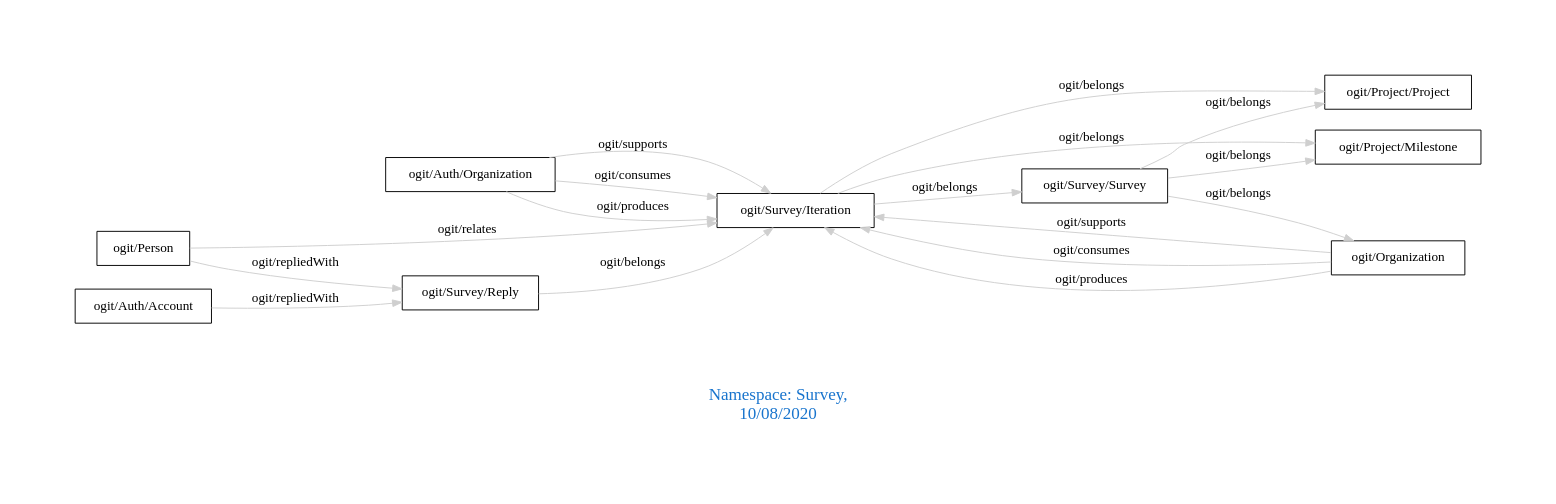
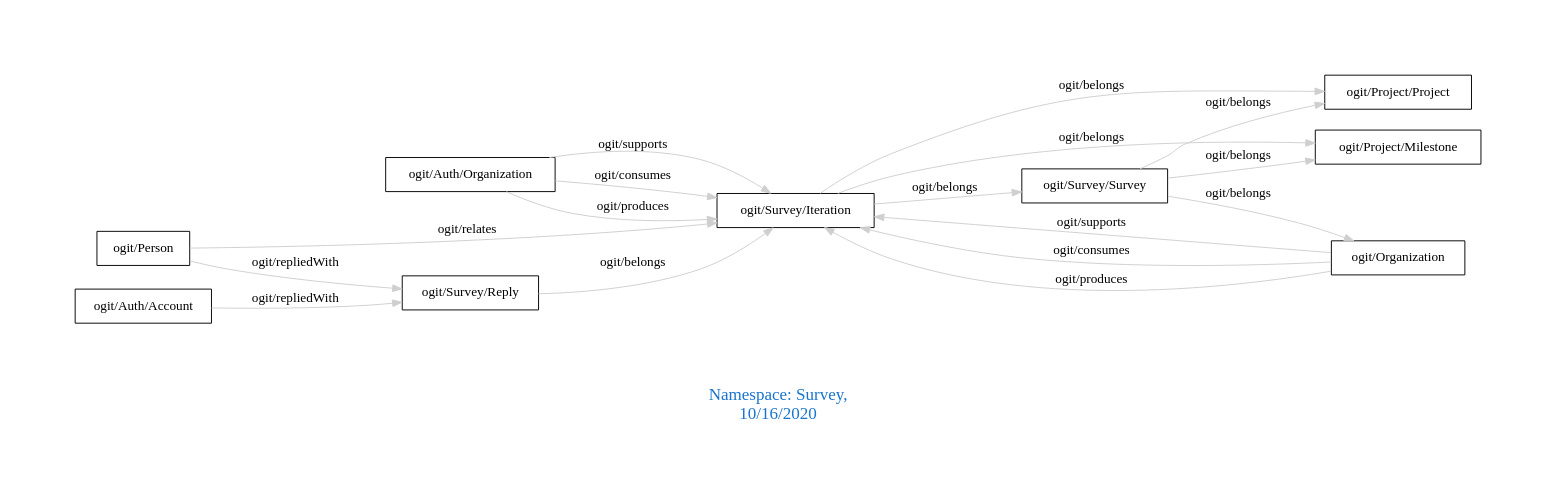
The diagram in downloads/Survey.dot (arago/OGIT), drawn with Graphviz before and after one commit. The commit also changed 1828 other files, not shown here.

```diff
--- a/downloads/Survey.dot
+++ b/downloads/Survey.dot
@@ -1,24 +1,24 @@
 digraph OGIT_ontology {
  graph [ rankdir= LR,pad=1 
 fontsize = 18,
-fontcolor= dodgerblue3,label = "\n\n\nNamespace: Survey, \n 10/08/2020"];
+fontcolor= dodgerblue3,label = "\n\n\nNamespace: Survey, \n 10/16/2020"];
 node[shape=polygon];
 edge [  color="gray81"];
 
    "ogit/Auth/Organization" -> "ogit/Survey/Iteration" [label="   ogit/supports    "];
    "ogit/Organization" -> "ogit/Survey/Iteration" [label="   ogit/supports    "];
    "ogit/Auth/Organization" -> "ogit/Survey/Iteration" [label="   ogit/consumes    "];
    "ogit/Organization" -> "ogit/Survey/Iteration" [label="   ogit/consumes    "];
    "ogit/Auth/Organization" -> "ogit/Survey/Iteration" [label="   ogit/produces    "];
    "ogit/Organization" -> "ogit/Survey/Iteration" [label="   ogit/produces    "];
    "ogit/Survey/Iteration" -> "ogit/Project/Milestone" [label="   ogit/belongs    "];
    "ogit/Survey/Iteration" -> "ogit/Project/Project" [label="   ogit/belongs    "];
    "ogit/Survey/Iteration" -> "ogit/Survey/Survey" [label="   ogit/belongs    "];
    "ogit/Survey/Reply" -> "ogit/Survey/Iteration" [label="   ogit/belongs    "];
    "ogit/Survey/Survey" -> "ogit/Organization" [label="   ogit/belongs    "];
    "ogit/Survey/Survey" -> "ogit/Project/Milestone" [label="   ogit/belongs    "];
    "ogit/Survey/Survey" -> "ogit/Project/Project" [label="   ogit/belongs    "];
    "ogit/Auth/Account" -> "ogit/Survey/Reply" [label="   ogit/repliedWith    "];
    "ogit/Person" -> "ogit/Survey/Reply" [label="   ogit/repliedWith    "];
    "ogit/Person" -> "ogit/Survey/Iteration" [label="   ogit/relates    "];
 }
```
